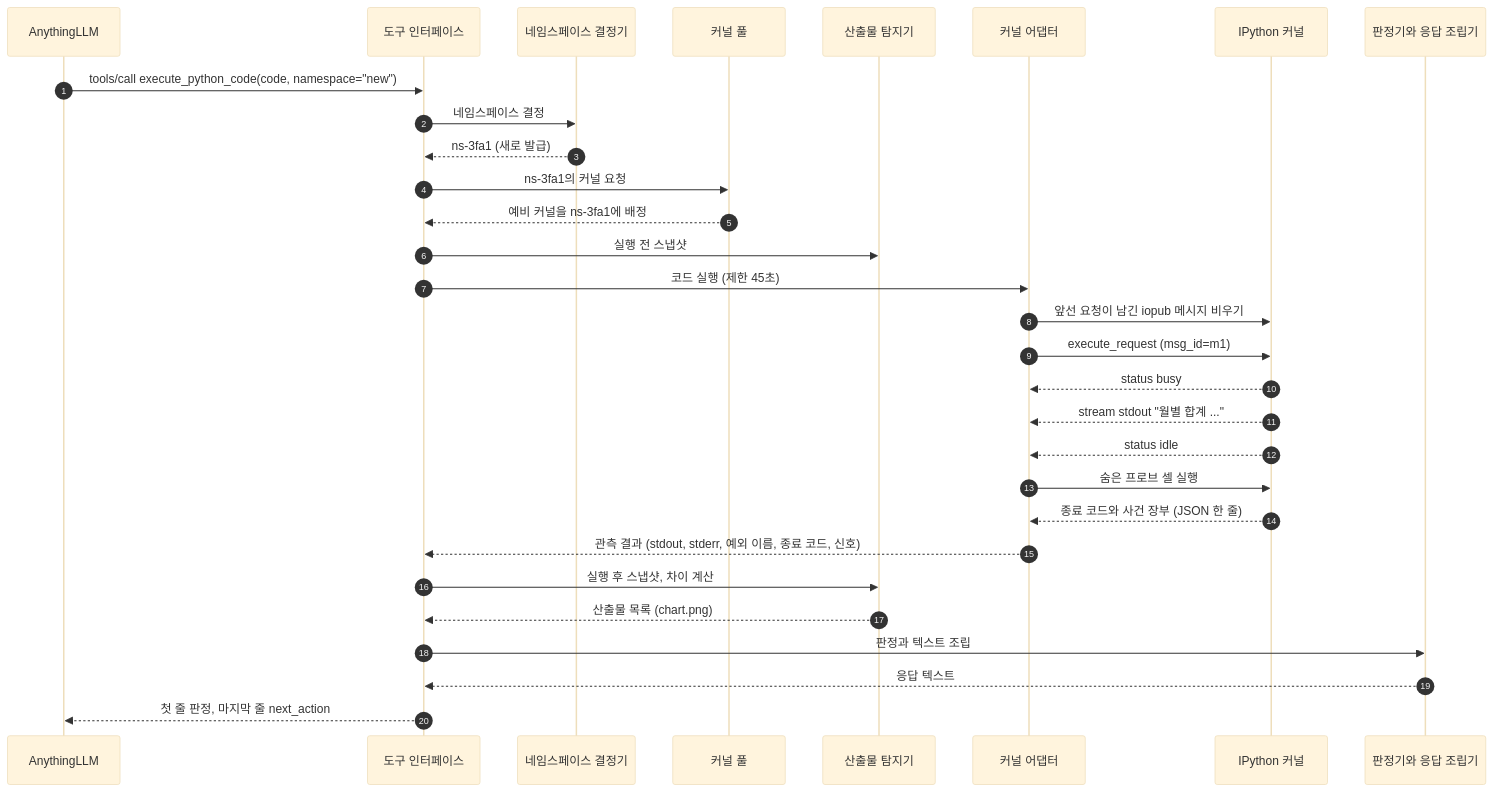
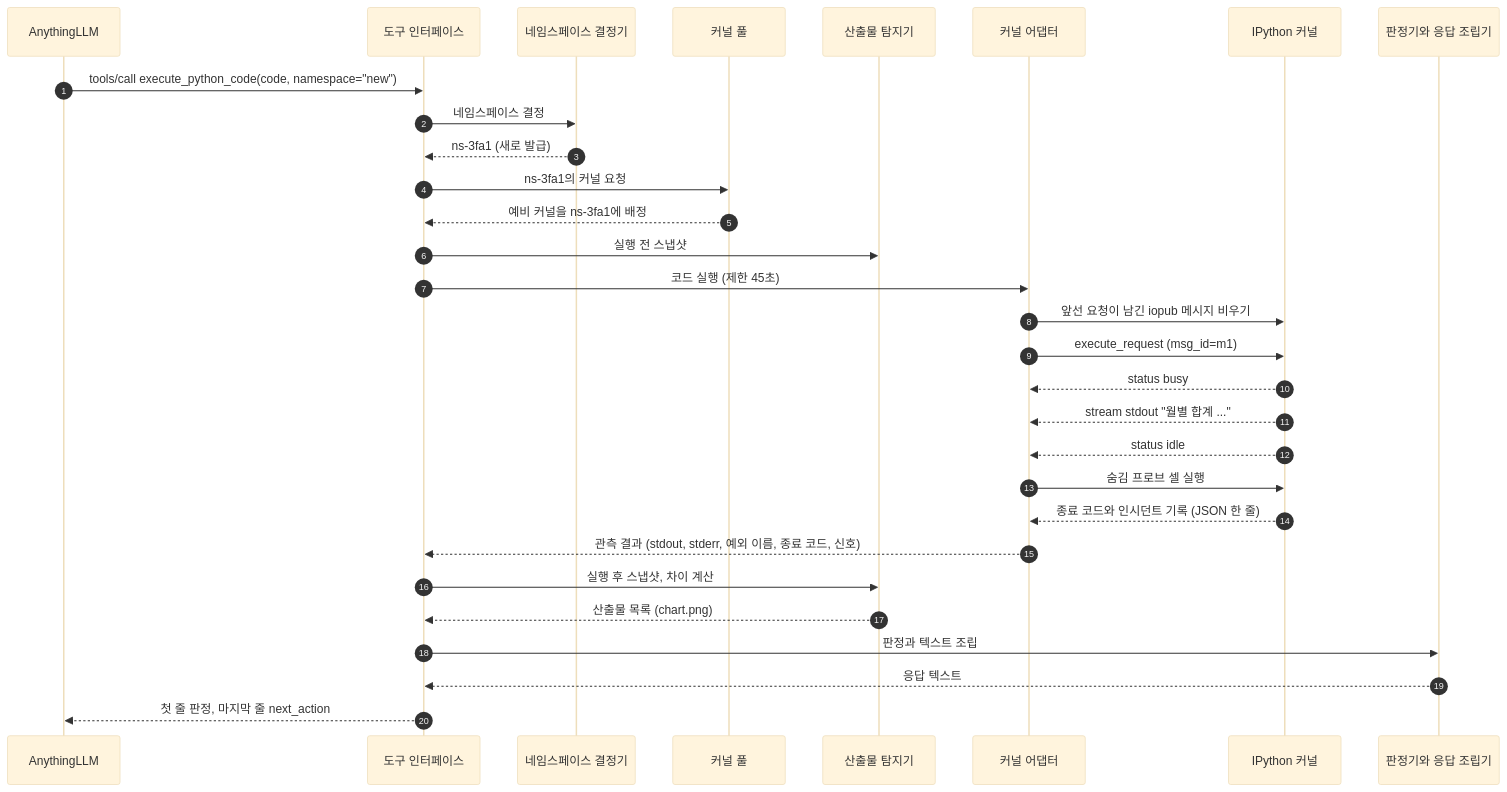
One commit to HaJaehee/AirGappedPySandbox changed the second of 11 diagrams in lectures/03-architecture/02-dynamic-view.md. Above: the diagram before and after it, drawn with Mermaid (base theme). The commit also changed other lines of this file and 25 other files, not shown here.

First line of the commit message:
DOCS: 교육자료(lectures) 및 다이어그램 한국어 표현 전수 조사 및 표준 기술 용어 정제

````diff
--- a/lectures/03-architecture/02-dynamic-view.md
+++ b/lectures/03-architecture/02-dynamic-view.md
@@ -64,33 +64,33 @@
 ```mermaid
 sequenceDiagram
     autonumber
     participant A as AnythingLLM
     participant T as 도구 인터페이스
     participant R as 네임스페이스 결정기
     participant P as 커널 풀
     participant D as 산출물 탐지기
     participant K as 커널 어댑터
     participant J as IPython 커널
     participant V as 판정기와 응답 조립기
 
     A->>T: tools/call execute_python_code(code, namespace="new")
     T->>R: 네임스페이스 결정
     R-->>T: ns-3fa1 (새로 발급)
     T->>P: ns-3fa1의 커널 요청
     P-->>T: 예비 커널을 ns-3fa1에 배정
     T->>D: 실행 전 스냅샷
     T->>K: 코드 실행 (제한 45초)
     K->>J: 앞선 요청이 남긴 iopub 메시지 비우기
     K->>J: execute_request (msg_id=m1)
     J-->>K: status busy
     J-->>K: stream stdout "월별 합계 ..."
     J-->>K: status idle
-    K->>J: 숨은 프로브 셀 실행
-    J-->>K: 종료 코드와 사건 장부 (JSON 한 줄)
+    K->>J: 숨김 프로브 셀 실행
+    J-->>K: 종료 코드와 인시던트 기록 (JSON 한 줄)
     K-->>T: 관측 결과 (stdout, stderr, 예외 이름, 종료 코드, 신호)
     T->>D: 실행 후 스냅샷, 차이 계산
     D-->>T: 산출물 목록 (chart.png)
     T->>V: 판정과 텍스트 조립
     V-->>T: 응답 텍스트
     T-->>A: 첫 줄 판정, 마지막 줄 next_action
 ```
````
